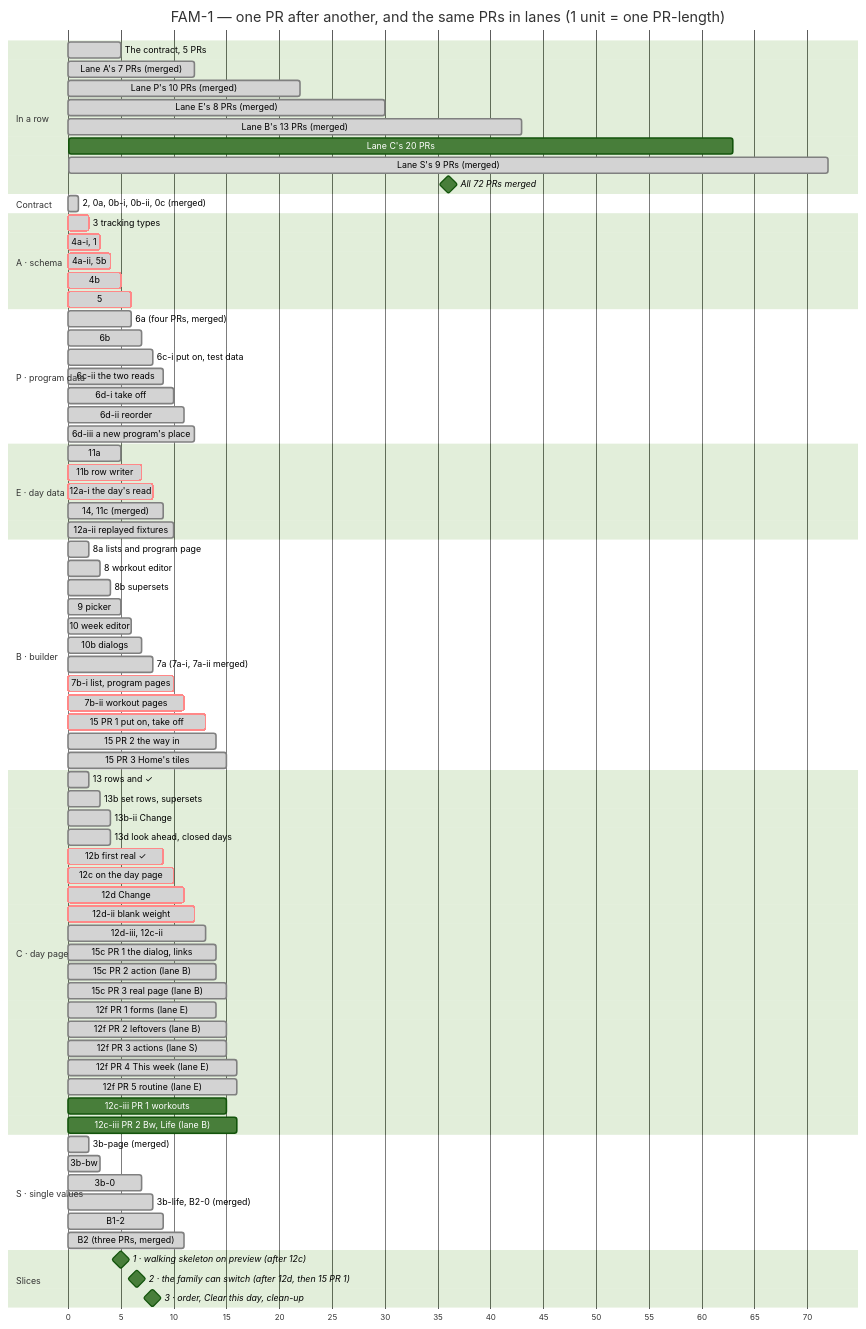
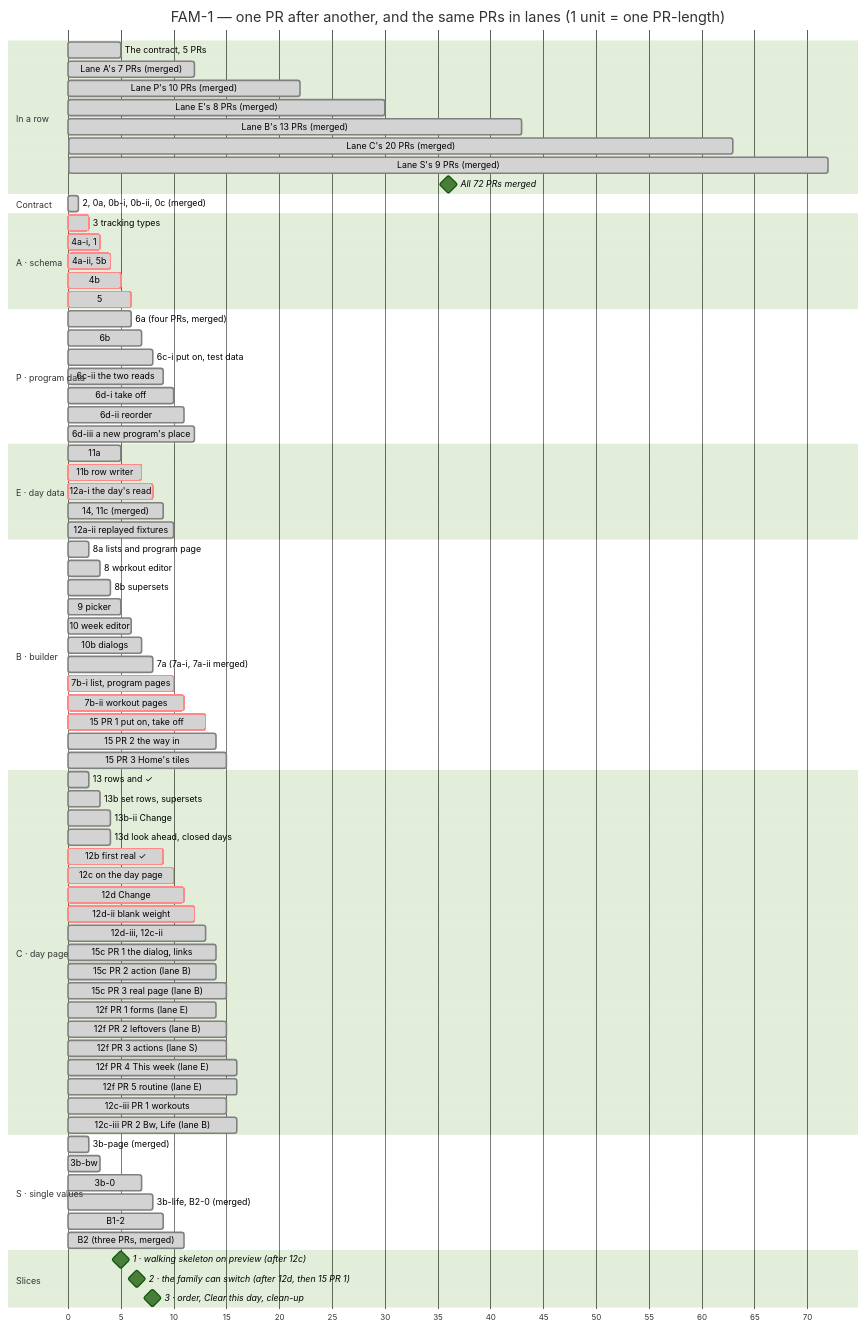
Before and after one commit to ralamode/mat-plan: the second of 2 diagrams in docs/milestones/fam-1-family-program.md, drawn with Mermaid (forest theme). The commit also changed other lines of this file and 3 other files, not shown here.

First line of the commit message:
docs(fam-1): all 72 PRs are merged; what is owed after them (#768)

```diff
--- a/docs/milestones/fam-1-family-program.md
+++ b/docs/milestones/fam-1-family-program.md
@@ -270,7 +270,7 @@
   Lane P's 10 PRs (merged)     :done, r2, 12, 22
   Lane E's 8 PRs (merged)      :done, r3, 22, 30
   Lane B's 13 PRs (merged)     :done, r4, 30, 43
-  Lane C's 20 PRs              :r5, 43, 63
+  Lane C's 20 PRs (merged)     :done, r5, 43, 63
   Lane S's 9 PRs (merged)      :done, r6, 63, 72
   All 72 PRs merged            :milestone, rm, 72, 72
 
@@ -332,8 +332,8 @@
   12f PR 3 actions (lane S)    :done, c9c, 14, 15
   12f PR 4 This week (lane E)  :done, c9d, 15, 16
   12f PR 5 routine (lane E)    :done, c9e, 15, 16
-  12c-iii PR 1 workouts        :c8a, 14, 15
-  12c-iii PR 2 Bw, Life (lane B) :c8b, 15, 16
+  12c-iii PR 1 workouts        :done, c8a, 14, 15
+  12c-iii PR 2 Bw, Life (lane B) :done, c8b, 15, 16
 
   section S · single values
   3b-page (merged)             :done, s1, 1, 2
```
